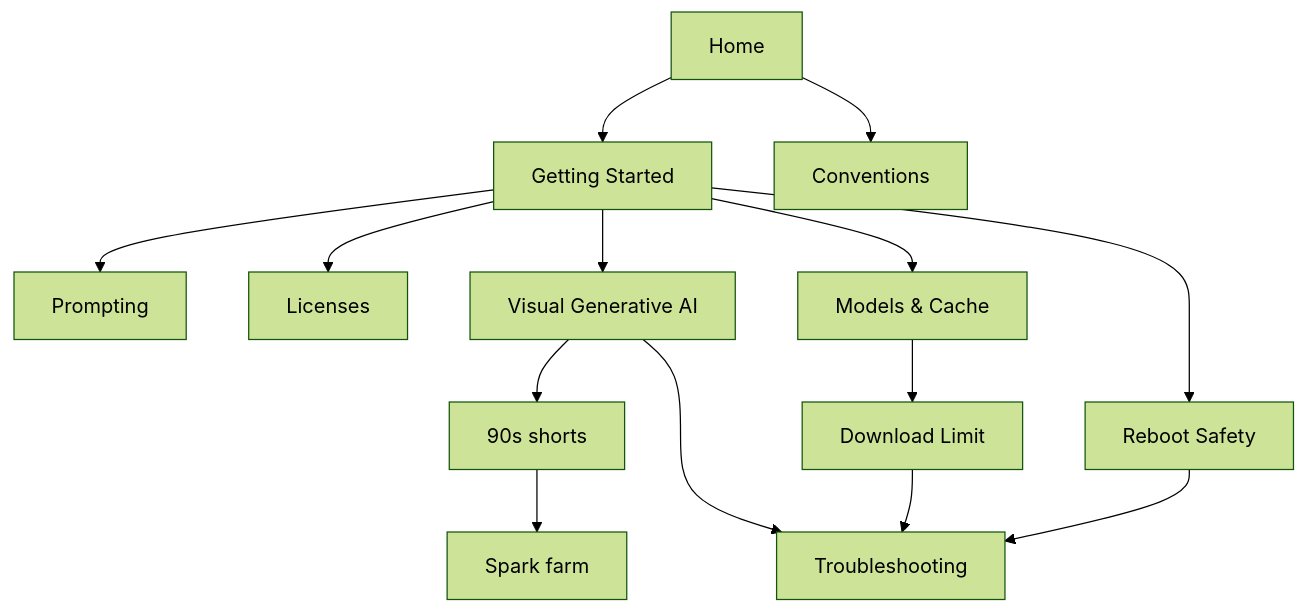
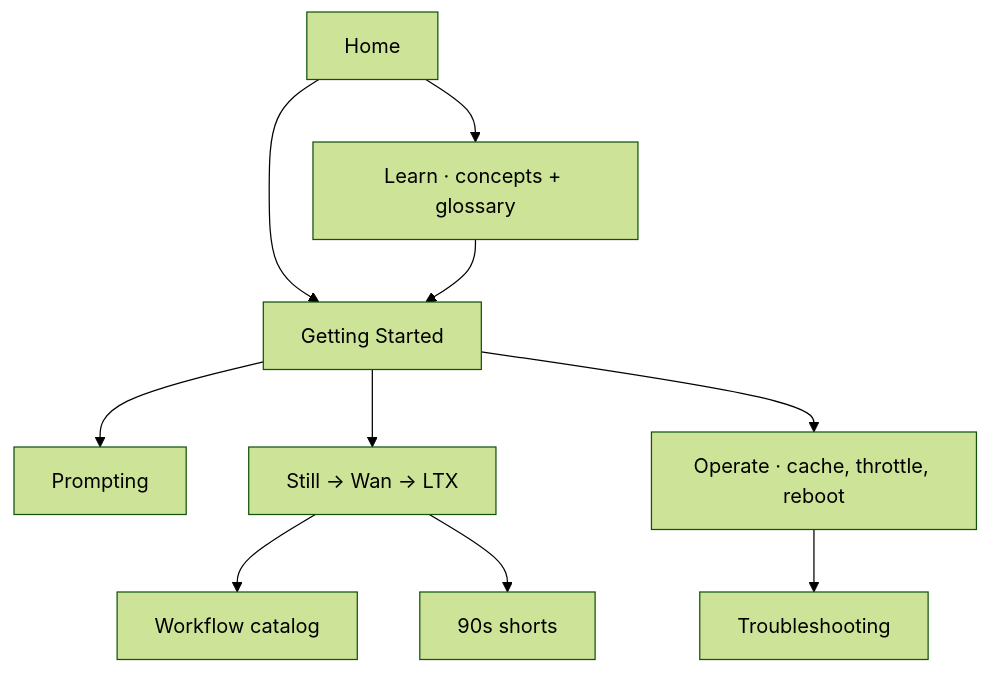
One commit to toxicoder/ez-comfy-stack changed the third of 3 diagrams in docs/index.md. Above: the diagram before and after it, drawn with Mermaid (forest theme). The commit also changed other lines of this file and 32 other files, not shown here.

First line of the commit message:
docs: add Learn path, glossary modals, and studio-user guides

````diff
--- a/docs/index.md
+++ b/docs/index.md
@@ -169,16 +138,12 @@
 ```mermaid
 flowchart TB
-  Home["Home"] --> GS["Getting Started"]
+  Home["Home"] --> Learn["Learn · concepts + glossary"]
+  Home --> GS["Getting Started"]
+  Learn --> GS
   GS --> Prompt["Prompting"]
-  GS --> Lic["Licenses"]
-  GS --> Vis["Visual Generative AI"]
+  GS --> Vis["Still → Wan → LTX"]
+  Vis --> Catalog["Workflow catalog"]
   Vis --> Shorts["90s shorts"]
-  Shorts --> Farm["Spark farm"]
-  GS --> Mod["Models & Cache"]
-  Mod --> DL["Download Limit"]
-  GS --> RS["Reboot Safety"]
-  Vis --> TS["Troubleshooting"]
-  DL --> TS
-  RS --> TS
-  Home --> Conv["Conventions"]
+  GS --> Operate["Operate · cache, throttle, reboot"]
+  Operate --> TS["Troubleshooting"]
 ```
````
